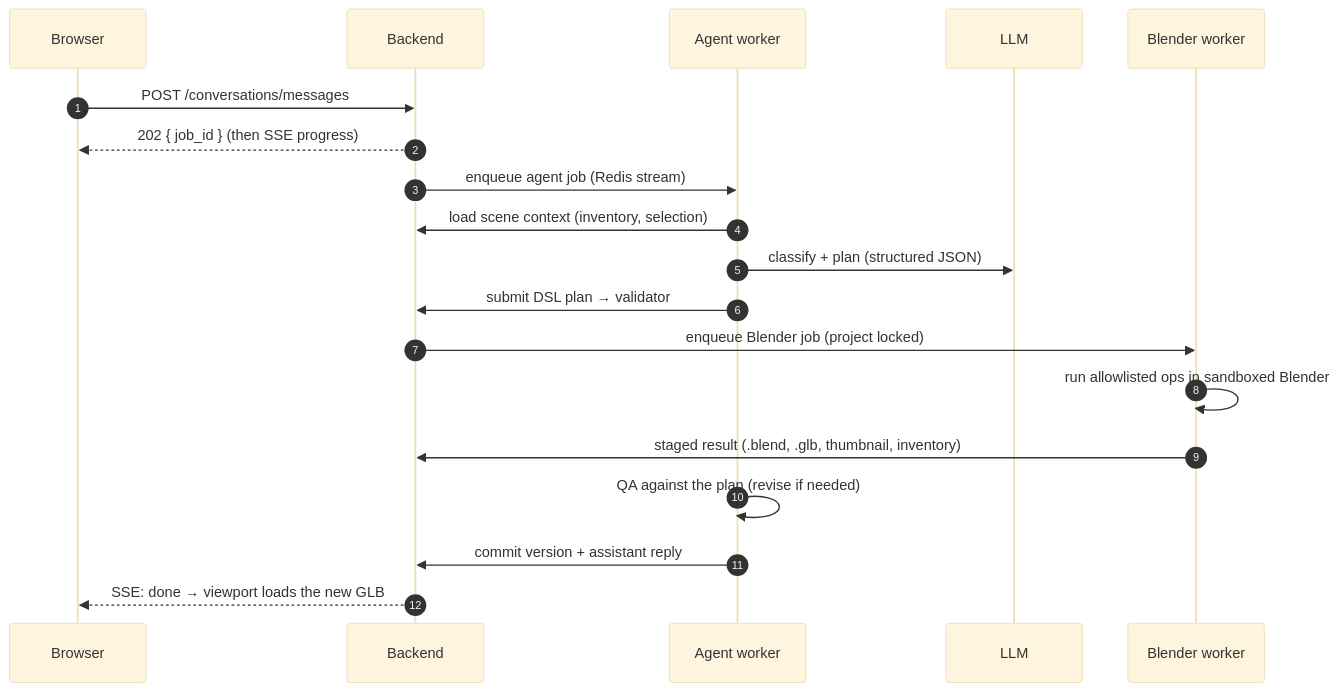
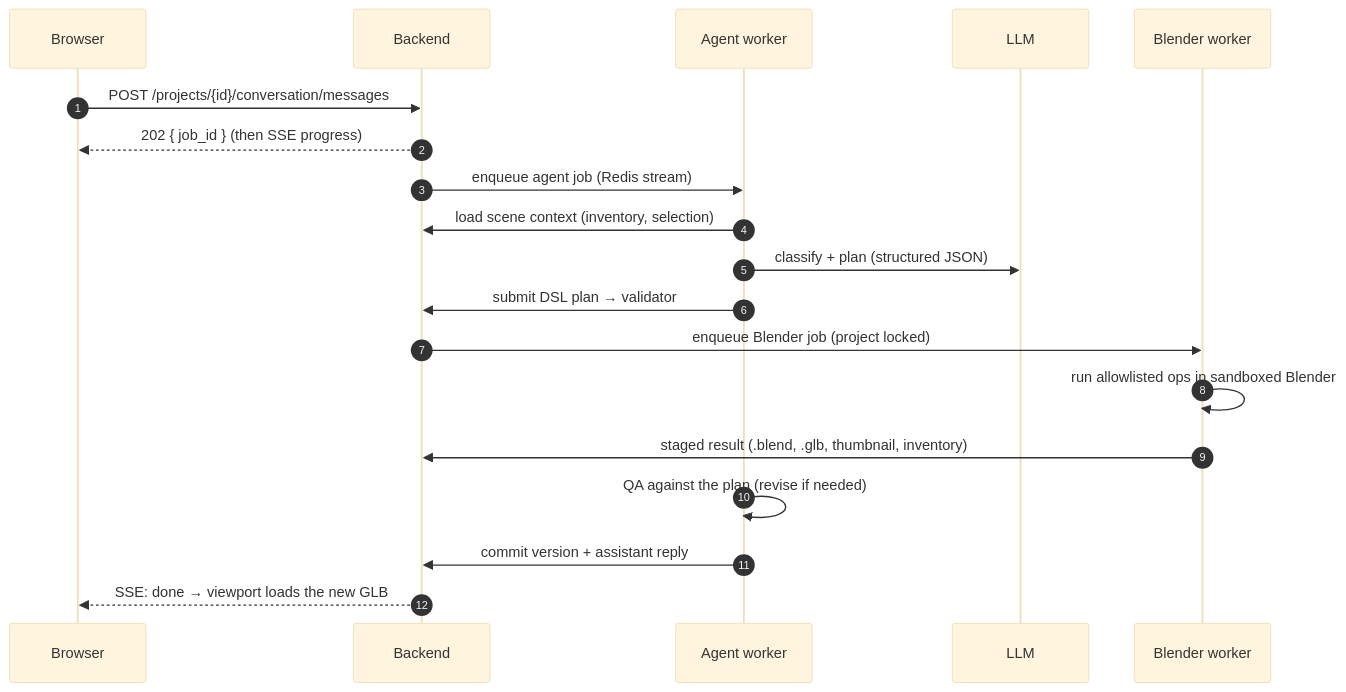
Before and after one commit to mkamranr/forma3d: the second of 2 diagrams in README.md, drawn with Mermaid (base theme). The commit also changed other lines of this file and 38 other files, not shown here.

````diff
--- a/README.md
+++ b/README.md
@@ -179,21 +193,21 @@
 ```mermaid
 sequenceDiagram
     autonumber
     participant U as Browser
     participant B as Backend
     participant A as Agent worker
     participant L as LLM
     participant W as Blender worker
-    U->>B: POST /conversations/messages
+    U->>B: POST /projects/{id}/conversation/messages
     B-->>U: 202 { job_id }  (then SSE progress)
     B->>A: enqueue agent job (Redis stream)
     A->>B: load scene context (inventory, selection)
     A->>L: classify + plan (structured JSON)
     A->>B: submit DSL plan → validator
     B->>W: enqueue Blender job (project locked)
     W->>W: run allowlisted ops in sandboxed Blender
     W->>B: staged result (.blend, .glb, thumbnail, inventory)
     A->>A: QA against the plan (revise if needed)
     A->>B: commit version + assistant reply
     B-->>U: SSE: done → viewport loads the new GLB
 ```
````
